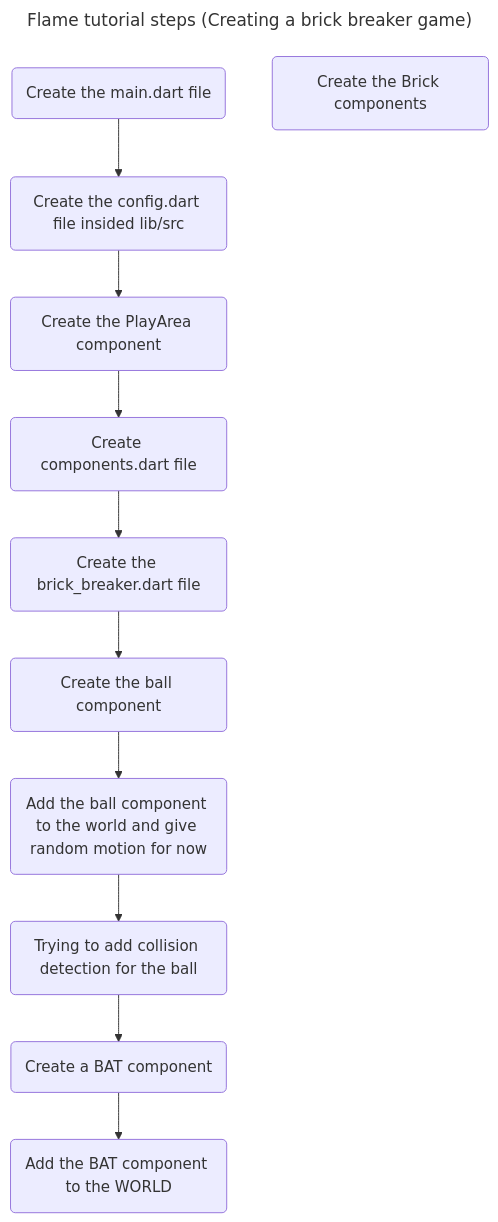
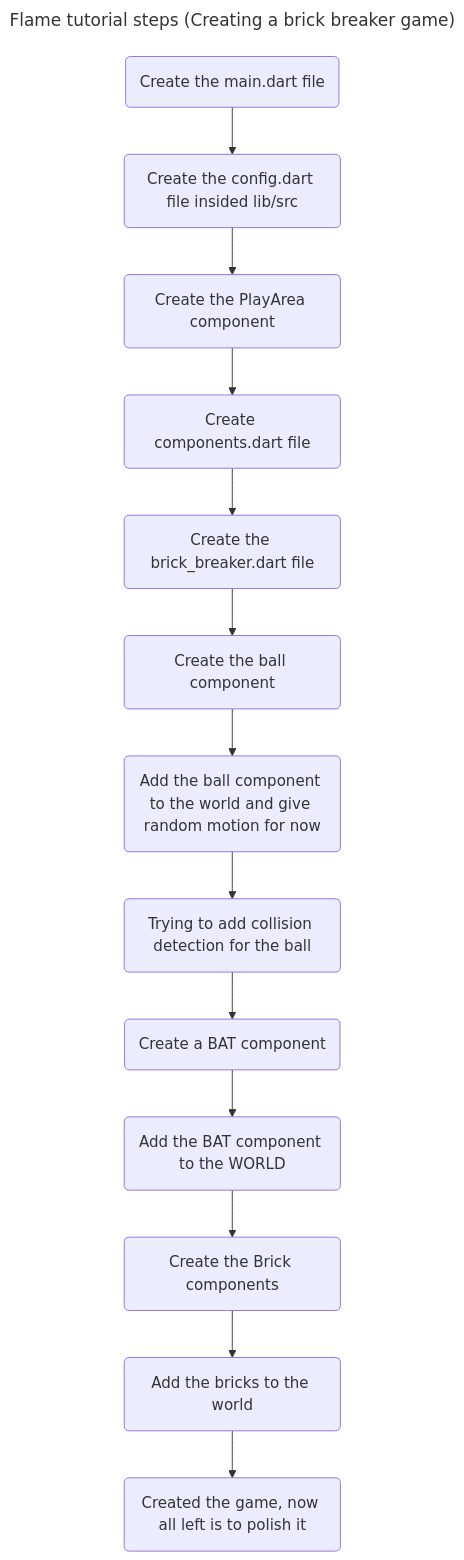
One commit to jydv402/brick_breaker_flame changed the diagram in steps.md. Above: the diagram before and after it, drawn with Mermaid. The commit also changed other lines of this file and 8 other files, not shown here.

````diff
--- a/steps.md
+++ b/steps.md
@@ -1,21 +1,23 @@
 ```mermaid
 ---
 title: Flame tutorial steps (Creating a brick breaker game)
 ---
 flowchart TD
     id1(Create the main.dart file)
     id2(Create the config.dart file insided lib/src)
     id3(Create the PlayArea component)
     id4(Create components.dart file)
     id5(Create the brick_breaker.dart file)
     id6(Create the ball component)
     id7(Add the ball component to the world and give random motion for now)
     id8(Trying to add collision detection for the ball)
     id9(Create a BAT component)
     id10(Add the BAT component to the WORLD)
     id11(Create the Brick components)
+    id12(Add the bricks to the world)
+    id13(Created the game, now all left is to polish it)
 
 
-    id1 --> id2 --> id3 --> id4 --> id5 --> id6 --> id7 --> id8 --> id9 --> id10
+    id1 --> id2 --> id3 --> id4 --> id5 --> id6 --> id7 --> id8 --> id9 --> id10 --> id11 --> id12 --> id13
 
 ```
````
